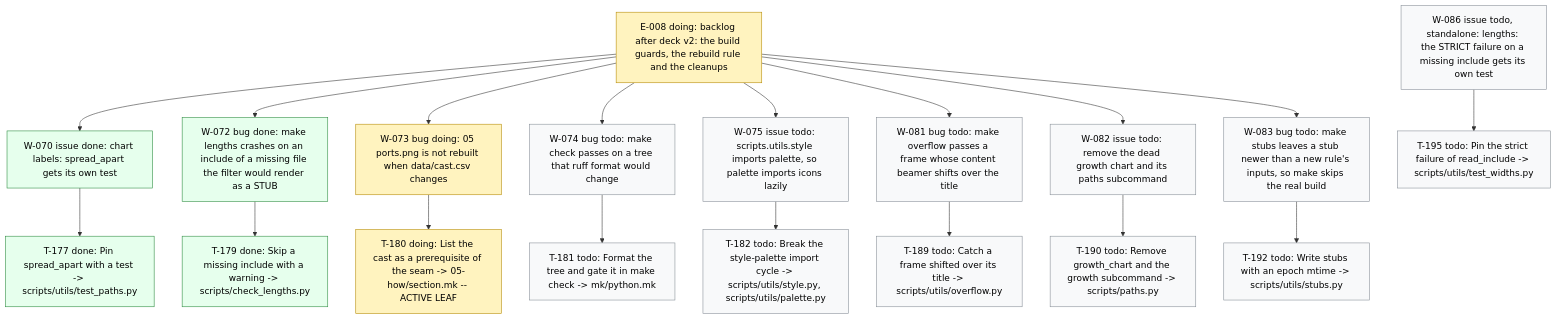
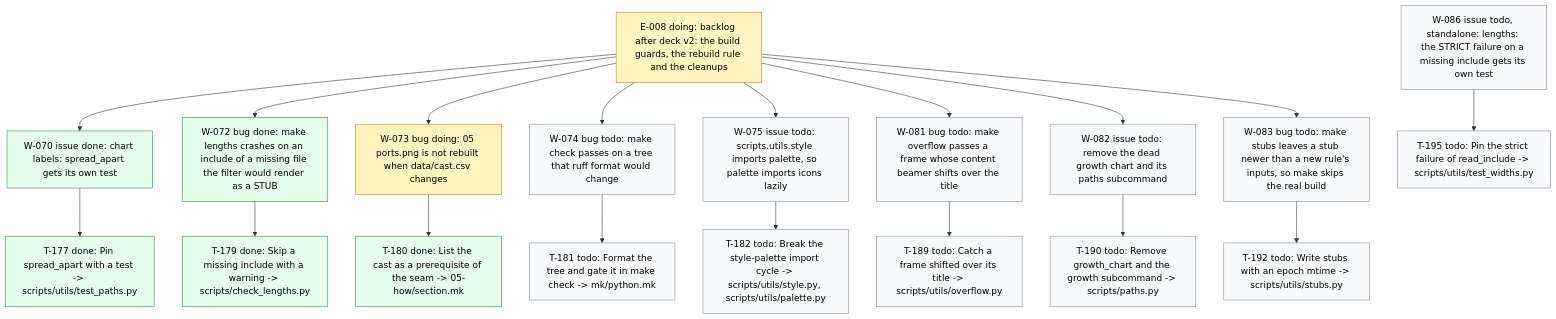
The diagram in .board/BOARD.md (dpopchev/chaos-to-simple), drawn with Mermaid before and after one commit. The commit also changed other lines of this file and 1 other file, not shown here.

Commit message:
chore(board): close T-180 -- W-073 ready to land
Refs: W-073 T-180

````diff
--- a/.board/BOARD.md
+++ b/.board/BOARD.md
@@ -486,30 +486,30 @@
 ```mermaid
 flowchart TD
   E008["E-008 doing: backlog after deck v2: the build guards, the rebuild rule and the cleanups"]
   E008 --> W070["W-070 issue done: chart labels: spread_apart gets its own test"]
   W070 --> T177["T-177 done: Pin spread_apart with a test -> scripts/utils/test_paths.py"]
   E008 --> W072["W-072 bug done: make lengths crashes on an include of a missing file the filter would render as a STUB"]
   W072 --> T179["T-179 done: Skip a missing include with a warning -> scripts/check_lengths.py"]
   E008 --> W073["W-073 bug doing: 05 ports.png is not rebuilt when data/cast.csv changes"]
-  W073 --> T180["T-180 doing: List the cast as a prerequisite of the seam -> 05-how/section.mk -- ACTIVE LEAF"]
+  W073 --> T180["T-180 done: List the cast as a prerequisite of the seam -> 05-how/section.mk"]
   E008 --> W074["W-074 bug todo: make check passes on a tree that ruff format would change"]
   W074 --> T181["T-181 todo: Format the tree and gate it in make check -> mk/python.mk"]
   E008 --> W075["W-075 issue todo: scripts.utils.style imports palette, so palette imports icons lazily"]
   W075 --> T182["T-182 todo: Break the style-palette import cycle -> scripts/utils/style.py, scripts/utils/palette.py"]
   E008 --> W081["W-081 bug todo: make overflow passes a frame whose content beamer shifts over the title"]
   W081 --> T189["T-189 todo: Catch a frame shifted over its title -> scripts/utils/overflow.py"]
   E008 --> W082["W-082 issue todo: remove the dead growth chart and its paths subcommand"]
   W082 --> T190["T-190 todo: Remove growth_chart and the growth subcommand -> scripts/paths.py"]
   E008 --> W083["W-083 bug todo: make stubs leaves a stub newer than a new rule's inputs, so make skips the real build"]
   W083 --> T192["T-192 todo: Write stubs with an epoch mtime -> scripts/utils/stubs.py"]
   W086["W-086 issue todo, standalone: lengths: the STRICT failure on a missing include gets its own test"]
   W086 --> T195["T-195 todo: Pin the strict failure of read_include -> scripts/utils/test_widths.py"]
   classDef doing fill:#fff3bf,stroke:#b58900,color:#000;
   classDef blocked fill:#ffe3e3,stroke:#c92a2a,color:#000;
   classDef done fill:#e6ffed,stroke:#2b8a3e,color:#000;
   classDef todo fill:#f8f9fa,stroke:#868e96,color:#000;
   classDef pruned fill:#f1f3f5,stroke:#adb5bd,color:#000;
-  class E008,W073,T180 doing
-  class W070,T177,W072,T179 done
+  class E008,W073 doing
+  class W070,T177,W072,T179,T180 done
   class W074,T181,W075,T182,W081,T189,W082,T190,W083,T192,W086,T195 todo
 ```
````
